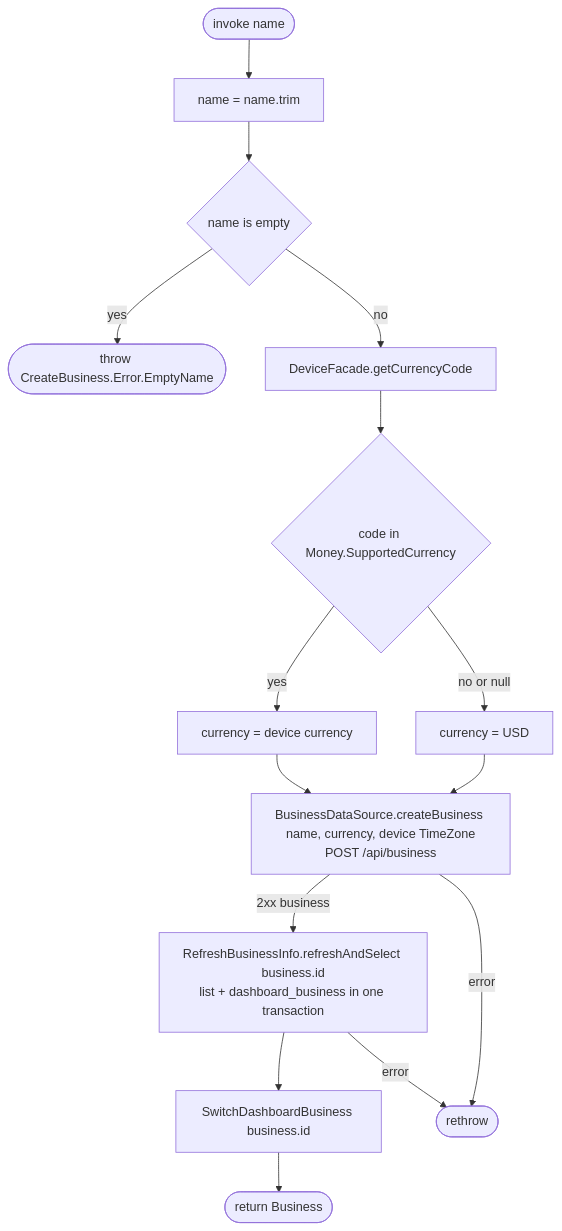
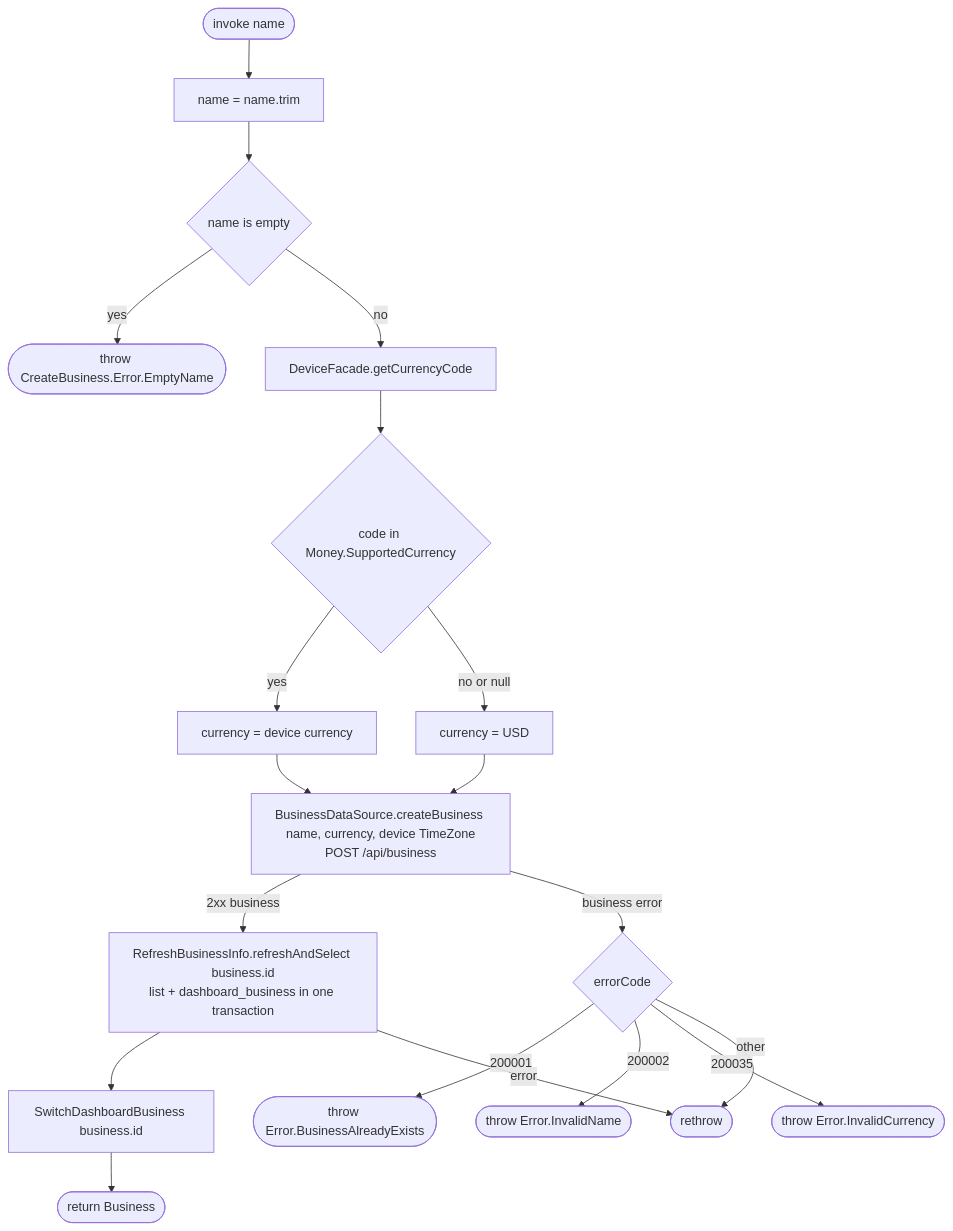
Before and after one commit to nocturneproperties/bookkme-client: the diagram in docs/operations/business/create-business.md, drawn with Mermaid. The commit also changed 223 other files, not shown here.

````diff
--- a/docs/operations/business/create-business.md
+++ b/docs/operations/business/create-business.md
@@ -17,17 +17,21 @@
 ```mermaid
 flowchart TD
     Start([invoke name]) --> Trim[name = name.trim]
     Trim --> Blank{name is empty}
     Blank -- yes --> E0([throw CreateBusiness.Error.EmptyName])
     Blank -- no --> Cur[DeviceFacade.getCurrencyCode]
     Cur --> Supported{code in Money.SupportedCurrency}
     Supported -- yes --> Device[currency = device currency]
     Supported -- no or null --> Fallback[currency = USD]
     Device --> Net[BusinessDataSource.createBusiness name, currency, device TimeZone<br/>POST /api/business]
     Fallback --> Net
     Net -- 2xx business --> Refresh[RefreshBusinessInfo.refreshAndSelect business.id<br/>list + dashboard_business in one transaction]
     Refresh --> Switch[SwitchDashboardBusiness business.id]
     Switch --> R([return Business])
-    Net -- error --> EX([rethrow])
+    Net -- business error --> Code{errorCode}
+    Code -- 200001 --> Exists([throw Error.BusinessAlreadyExists])
+    Code -- 200002 --> Invalid([throw Error.InvalidName])
+    Code -- 200035 --> Currency([throw Error.InvalidCurrency])
+    Code -- other --> EX([rethrow])
     Refresh -- error --> EX
 ```
````
